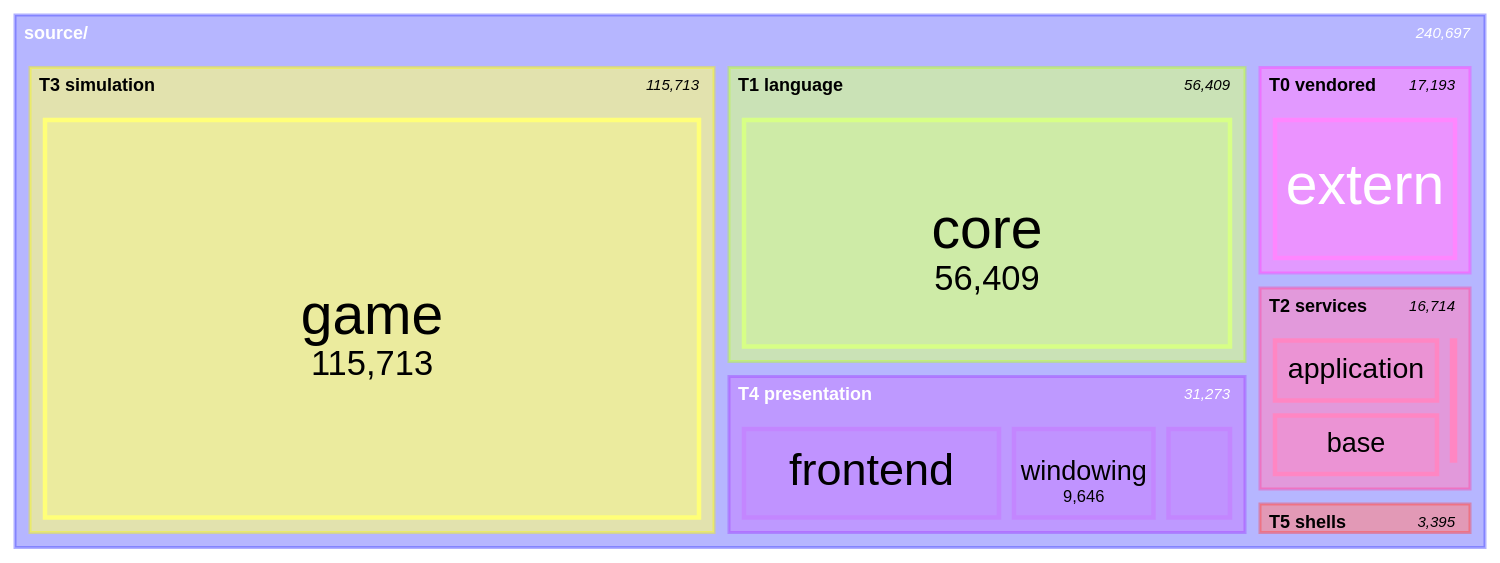
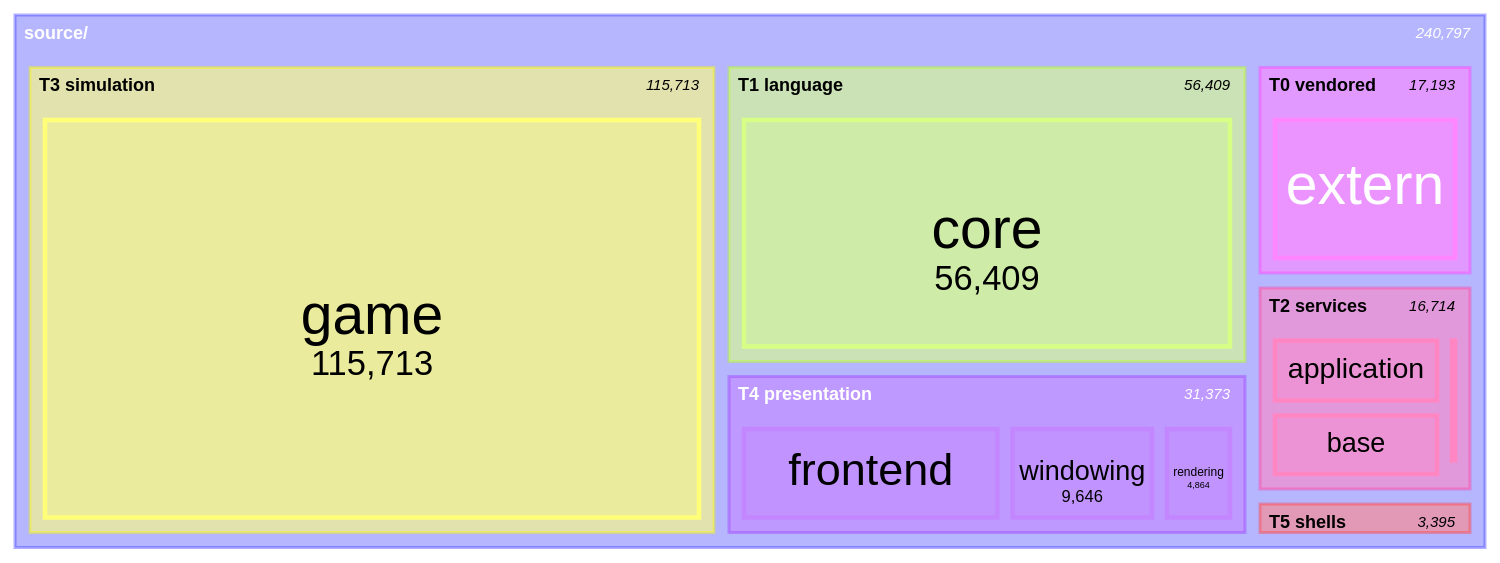
The seventh of 11 diagrams in docs/architecture/system-boundaries.md (apnex/OpenStarbound), drawn with Mermaid before and after one commit. The commit also changed other lines of this file and 1 other file, not shown here.

````diff
--- a/docs/architecture/system-boundaries.md
+++ b/docs/architecture/system-boundaries.md
@@ -592,22 +592,22 @@
 ```mermaid
 treemap-beta
 "source/"
     "T0 vendored"
         "extern": 17193
     "T1 language"
         "core": 56409
     "T2 services"
         "application": 7677
         "base": 7472
         "metrics": 1423
         "platform": 142
     "T3 simulation"
         "game": 115713
     "T4 presentation"
         "frontend": 16863
         "windowing": 9646
-        "rendering": 4764
+        "rendering": 4864
     "T5 shells"
         "client": 2612
         "server": 783
 ```
````
